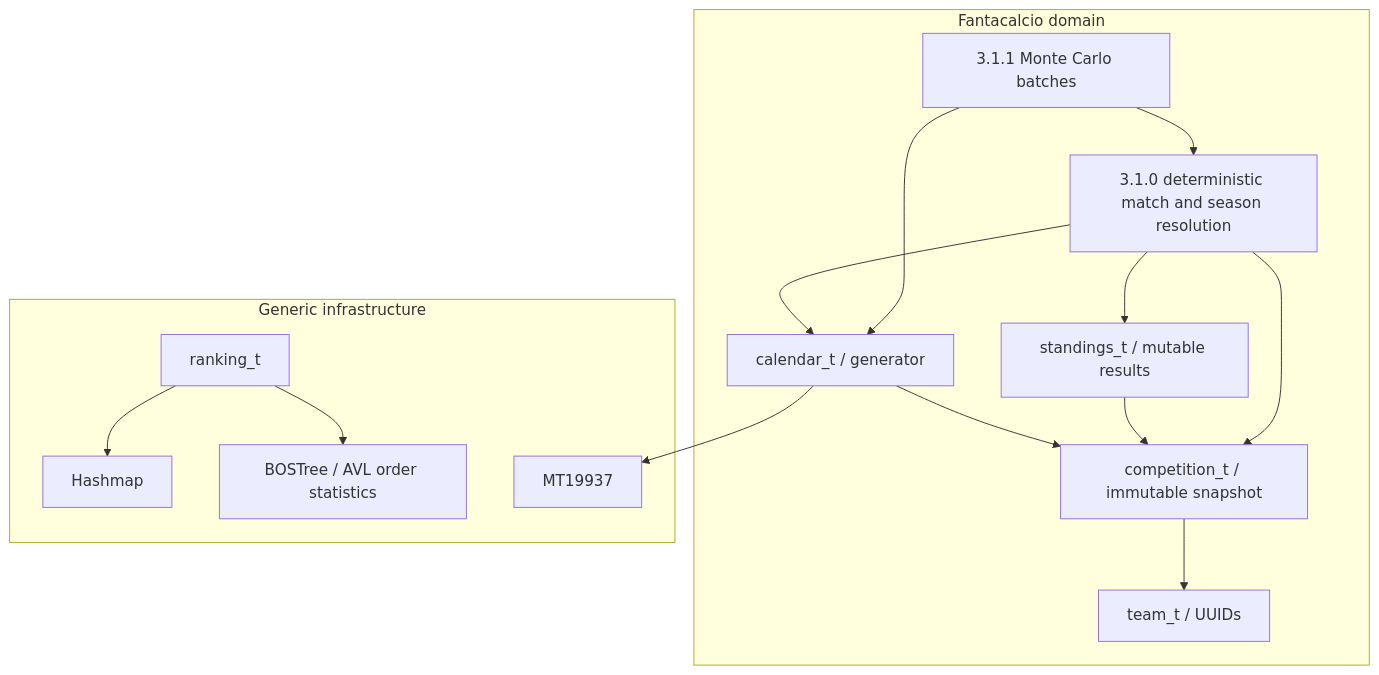
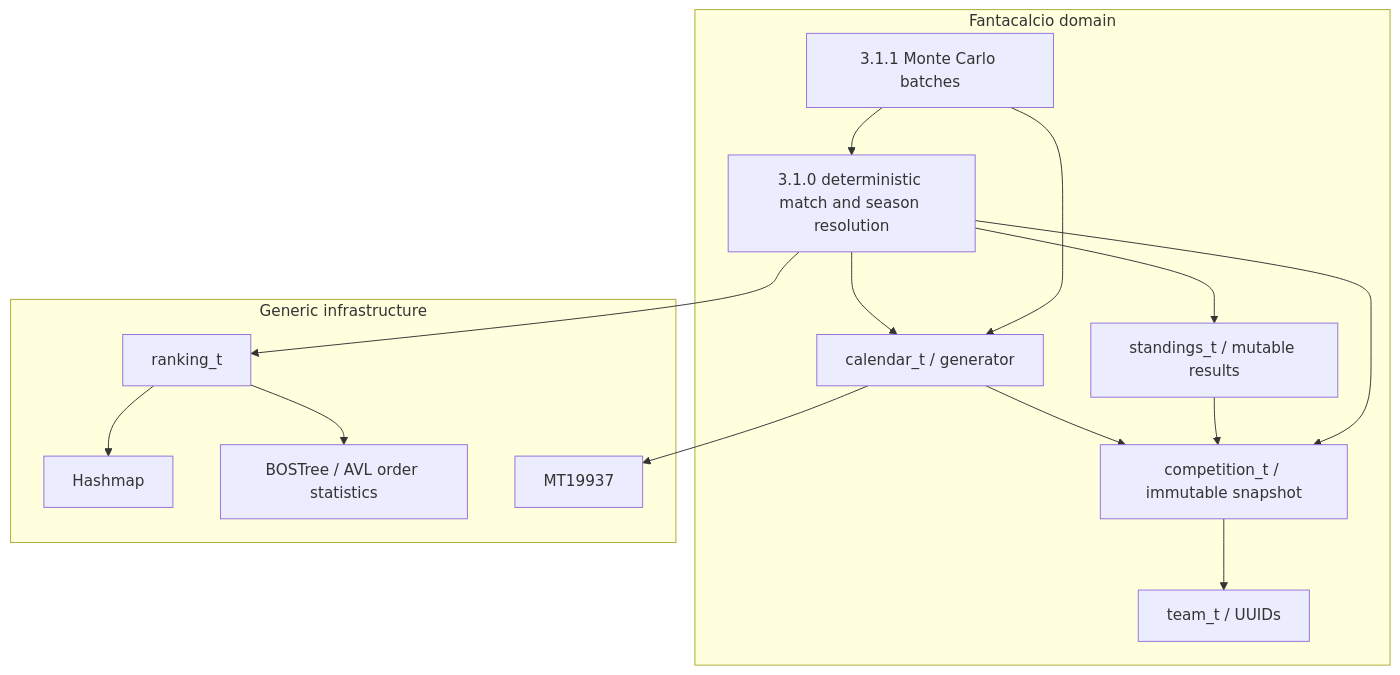
Before and after one commit to AlessVolpe/CentralRankingDogma: the diagram in README.md, drawn with Mermaid. The commit also changed other lines of this file and 19 other files, not shown here.

````diff
--- a/README.md
+++ b/README.md
@@ -19,28 +19,29 @@
 ```mermaid
 flowchart TB
     subgraph DOMAIN["Fantacalcio domain"]
         TEAM["team_t / UUIDs"]
         COMP["competition_t / immutable snapshot"]
         CAL["calendar_t / generator"]
         ST["standings_t / mutable results"]
         MATCH["3.1.0 deterministic match and season resolution"]
         COMP --> TEAM
         CAL --> COMP
         ST --> COMP
         MATCH --> COMP
         MATCH --> CAL
         MATCH --> ST
         MC["3.1.1 Monte Carlo batches"]
         MC --> CAL
         MC --> MATCH
     end
     subgraph CORE["Generic infrastructure"]
         HASH["Hashmap"]
         AVL["BOSTree / AVL order statistics"]
         RANK["ranking_t"]
         RNG["MT19937"]
         RANK --> HASH
         RANK --> AVL
     end
     CAL --> RNG
+    MATCH --> RANK
 ```
````
